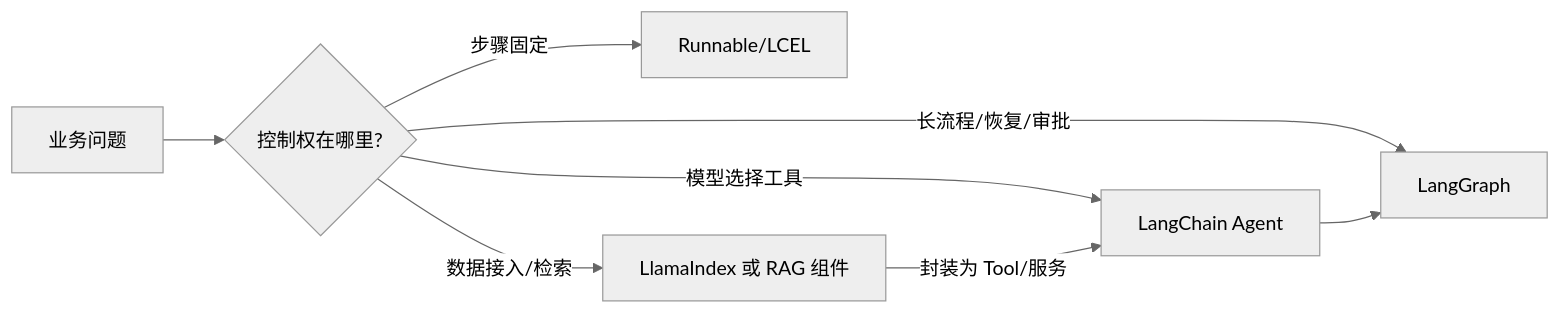
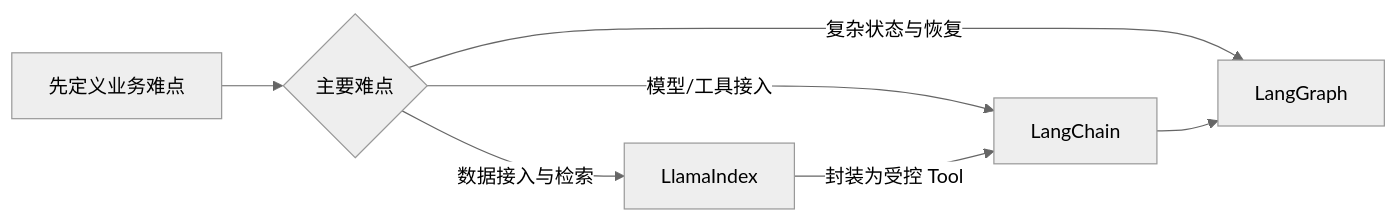
The first of 15 diagrams in books/小林面试笔记AI/langchain/《LangChain 框架面试题》.md (lijihao-0804/interview-forge), drawn with Mermaid (neutral theme) before and after one commit. The commit also changed other lines of this file and 1915 other files, not shown here.

````diff
--- a/books/小林面试笔记AI/langchain/《LangChain 框架面试题》.md
+++ b/books/小林面试笔记AI/langchain/《LangChain 框架面试题》.md
@@ -5,10 +33,9 @@
 ```mermaid
 flowchart LR
-    A[业务问题] --> B{控制权在哪里?}
-    B -->|步骤固定| C[Runnable/LCEL]
-    B -->|模型选择工具| D[LangChain Agent]
-    B -->|长流程/恢复/审批| E[LangGraph]
-    B -->|数据接入/检索| F[LlamaIndex 或 RAG 组件]
-    D --> E
-    F -->|封装为 Tool/服务| D
+    A[先定义业务难点] --> B{主要难点}
+    B -->|模型/工具接入| C[LangChain]
+    B -->|复杂状态与恢复| D[LangGraph]
+    B -->|数据接入与检索| E[LlamaIndex]
+    C --> D
+    E -->|封装为受控 Tool| C
 ```
````
